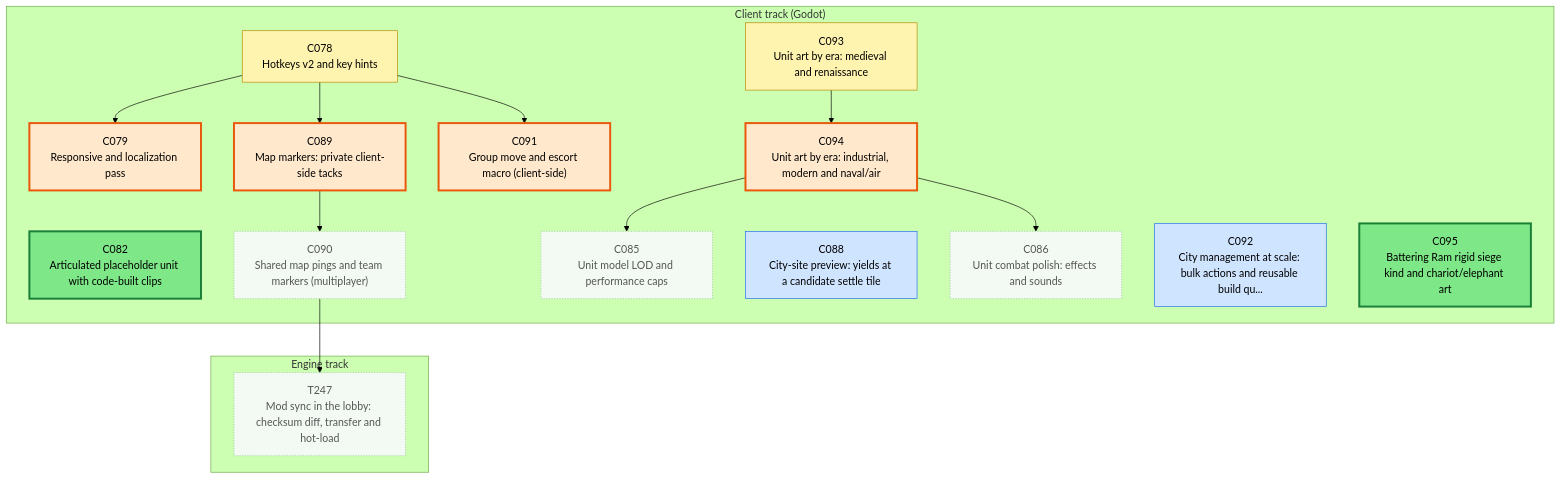
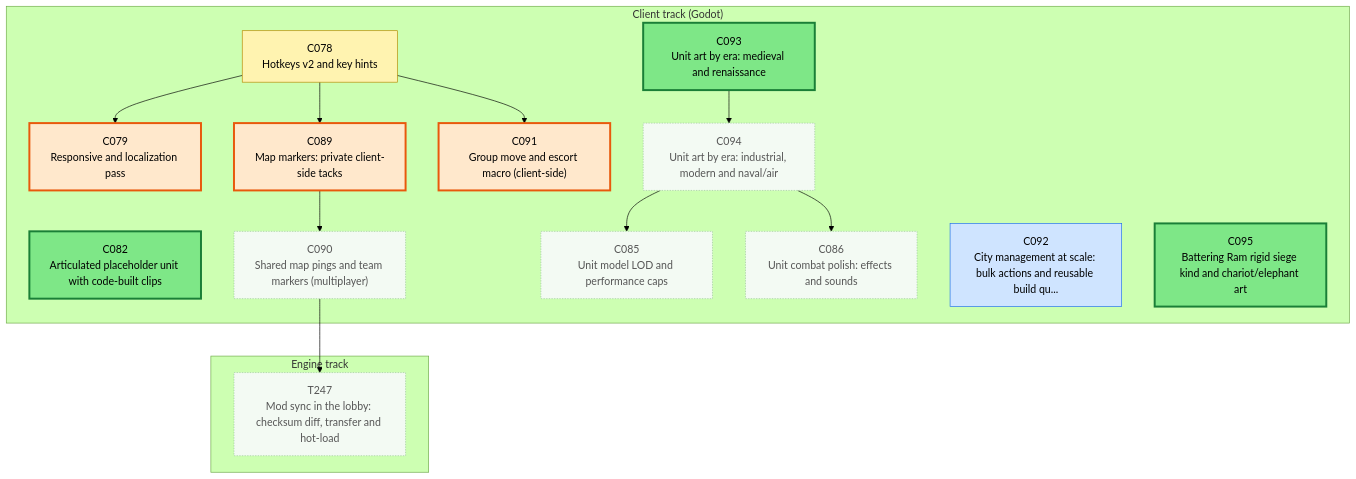
The first of 3 diagrams in csharp/migration/DEPENDENCY_MAP.md (Kenmura/Unciv), drawn with Mermaid (forest theme) before and after one commit. The commit also changed other lines of this file and 1 other file, not shown here.

Commit message:
migration: review C088 pass [Adversarial Review]

````diff
--- a/csharp/migration/DEPENDENCY_MAP.md
+++ b/csharp/migration/DEPENDENCY_MAP.md
@@ -25,50 +25,48 @@
 ```mermaid
 flowchart TD
   subgraph TTRACK["Engine track"]
     T247["T247<br/>Mod sync in the lobby: checksum diff, transfer and hot-load"]
   end
   subgraph CTRACK["Client track (Godot)"]
     C078["C078<br/>Hotkeys v2 and key hints"]
     C079["C079<br/>Responsive and localization pass"]
     C082["C082<br/>Articulated placeholder unit with code-built clips"]
     C085["C085<br/>Unit model LOD and performance caps"]
     C086["C086<br/>Unit combat polish: effects and sounds"]
-    C088["C088<br/>City-site preview: yields at a candidate settle tile"]
     C089["C089<br/>Map markers: private client-side tacks"]
     C090["C090<br/>Shared map pings and team markers (multiplayer)"]
     C091["C091<br/>Group move and escort macro (client-side)"]
     C092["C092<br/>City management at scale: bulk actions and reusable build qu..."]
     C093["C093<br/>Unit art by era: medieval and renaissance"]
     C094["C094<br/>Unit art by era: industrial, modern and naval/air"]
     C095["C095<br/>Battering Ram rigid siege kind and chariot/elephant art"]
   end
   C090 --> T247
   C078 --> C079
   C094 --> C085
   C094 --> C086
   C078 --> C089
   C089 --> C090
   C078 --> C091
   C093 --> C094
   classDef waiting fill:#f3faf3,stroke:#9bc49b,color:#555,stroke-dasharray:2 2
   classDef ondeck fill:#ffe8cc,stroke:#e8590c,stroke-width:3px,color:#000
   classDef ready fill:#7ee787,stroke:#1a7f37,stroke-width:3px,color:#000
   classDef prog fill:#fff3b0,stroke:#b58900,color:#000
   classDef review fill:#cfe4ff,stroke:#1f6feb,color:#000
   classDef blocked fill:#ffd6d6,stroke:#c62828,color:#000
   classDef done fill:#eeeeee,stroke:#999999,color:#666,stroke-dasharray:4 3
   class C078 prog
   class C079 ondeck
   class C082 ready
   class C085 waiting
   class C086 waiting
-  class C088 review
   class C089 ondeck
   class C090 waiting
   class C091 ondeck
   class C092 review
-  class C093 prog
-  class C094 ondeck
+  class C093 ready
+  class C094 waiting
   class C095 ready
   class T247 waiting
 ```
````
